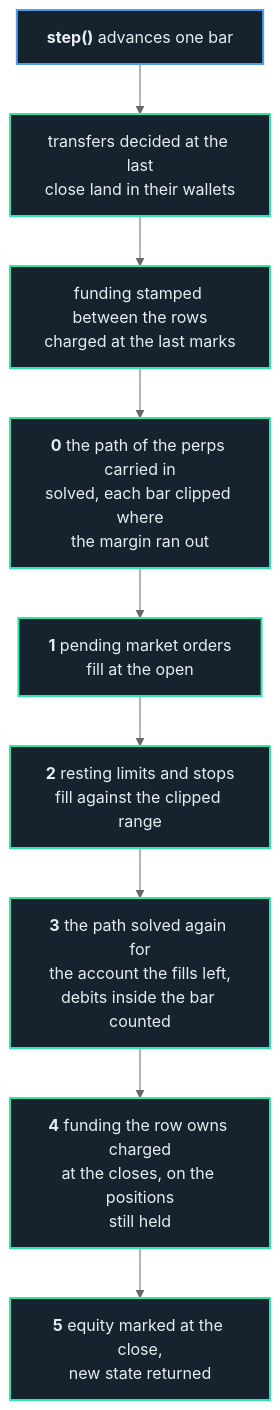
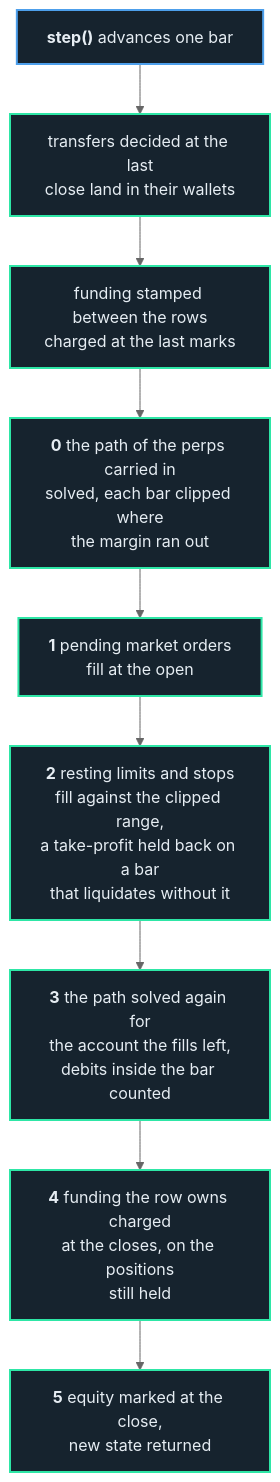
Before and after one commit to atOCEANO/probatum: the diagram in dev/diagrams/205314.mmd, drawn with Mermaid (neutral theme). The commit also changed 6 other files, not shown here.

Commit message:
feat(liquidation): hold back a take-profit on a bar that liquidates the account without it

```diff
--- a/dev/diagrams/205314.mmd
+++ b/dev/diagrams/205314.mmd
@@ -1,24 +1,24 @@
 flowchart TD
     S["<b>step()</b> advances one bar"]
     T["transfers decided at the last<br/>close land in their wallets"]
     G["funding stamped between the rows<br/>charged at the last marks"]
     F["<b>0</b> the path of the perps carried in<br/>solved, each bar clipped where<br/>the margin ran out"]
     A["<b>1</b> pending market orders<br/>fill at the open"]
-    B["<b>2</b> resting limits and stops<br/>fill against the clipped range"]
+    B["<b>2</b> resting limits and stops<br/>fill against the clipped range,<br/>a take-profit held back on a bar<br/>that liquidates without it"]
     D["<b>3</b> the path solved again for<br/>the account the fills left,<br/>debits inside the bar counted"]
     C["<b>4</b> funding the row owns charged<br/>at the closes, on the positions<br/>still held"]
     E["<b>5</b> equity marked at the close,<br/>new state returned"]
 
     S --> T
     T --> G
     G --> F
     F --> A
     A --> B
     B --> D
     D --> C
     C --> E
 
     classDef entry fill:#16232e,stroke:#4d9feb,stroke-width:2px,color:#e6edf3
     classDef stage fill:#16232e,stroke:#2ee6a6,stroke-width:2px,color:#e6edf3
     class S entry
     class T,G,F,A,B,C,D,E stage
```
